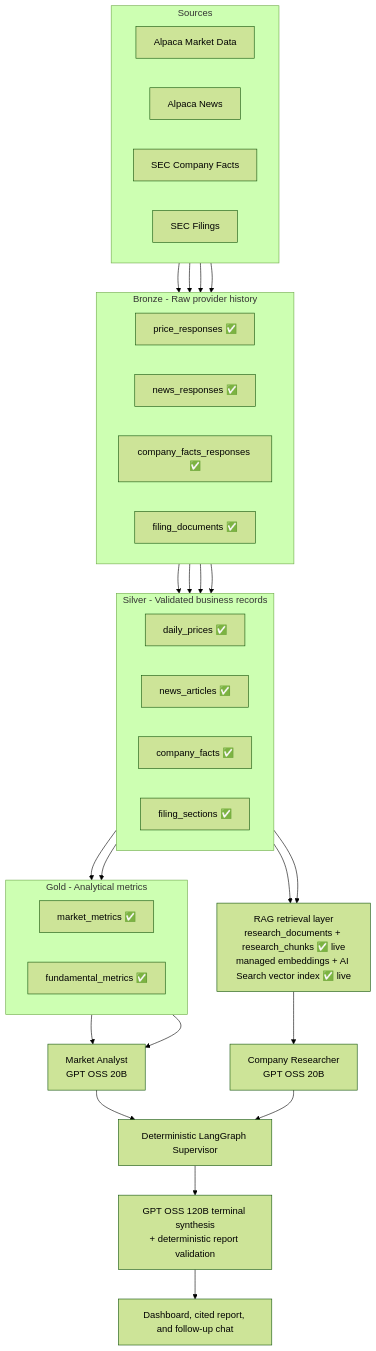
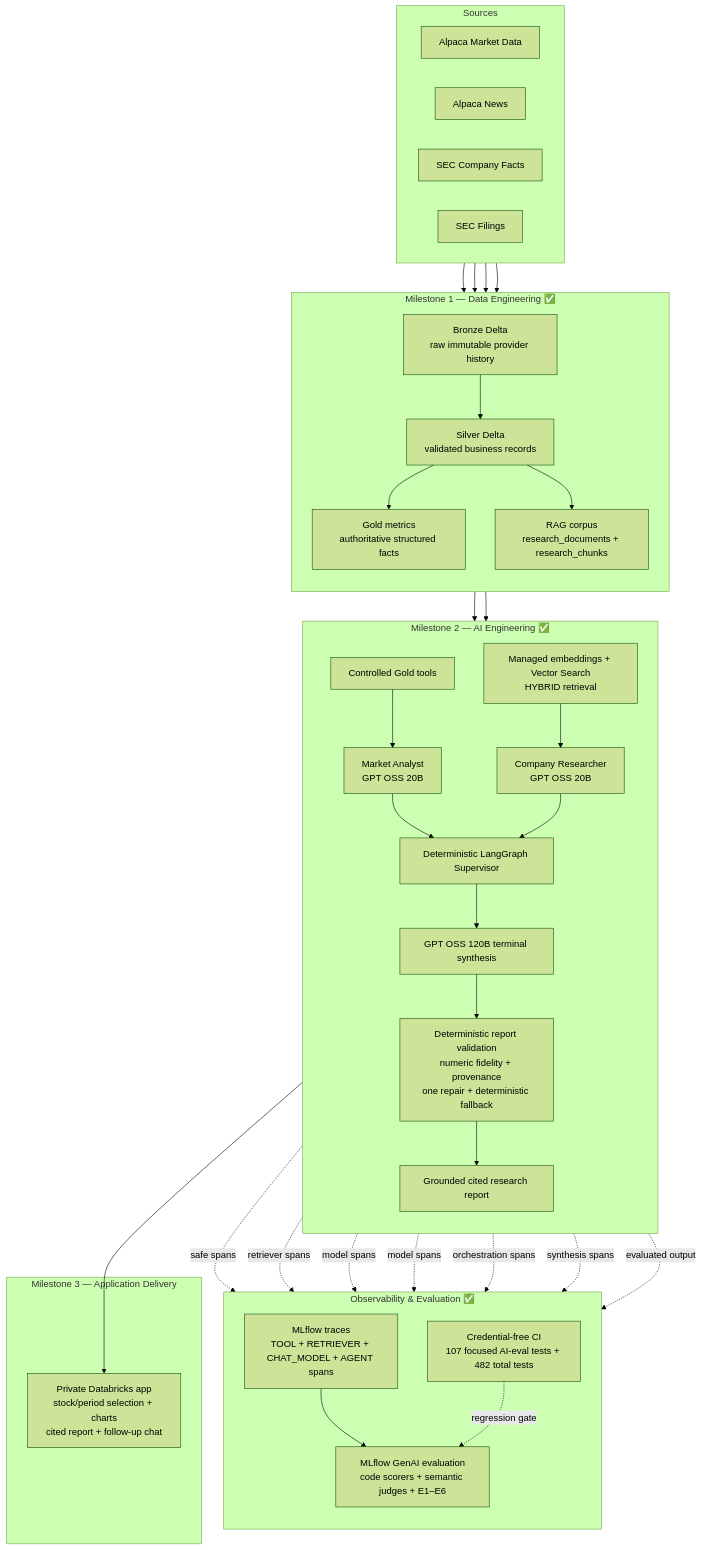
One commit to maghdam/multi-agent-equity-research-system-on-databricks changed the diagram in README.md. Above: the diagram before and after it, drawn with Mermaid (forest theme).

Commit message:
docs: expand end-to-end architecture overview

````diff
--- a/README.md
+++ b/README.md
@@ -45,46 +45,69 @@
 ```mermaid
 flowchart TB
     subgraph SRC["Sources"]
         direction LR
         A1["Alpaca Market Data"]
         A2["Alpaca News"]
         E1["SEC Company Facts"]
         E2["SEC Filings"]
     end
 
-    subgraph B["Bronze - Raw provider history"]
-        direction LR
-        B1["price_responses ✅"]
-        B2["news_responses ✅"]
-        B3["company_facts_responses ✅"]
-        B4["filing_documents ✅"]
+    subgraph DE["Milestone 1 — Data Engineering ✅"]
+        direction TB
+        B["Bronze Delta<br/>raw immutable provider history"]
+        S["Silver Delta<br/>validated business records"]
+        G["Gold metrics<br/>authoritative structured facts"]
+        R["RAG corpus<br/>research_documents + research_chunks"]
     end
 
-    subgraph S["Silver - Validated business records"]
-        direction LR
-        S1["daily_prices ✅"]
-        S2["news_articles ✅"]
-        S3["company_facts ✅"]
-        S4["filing_sections ✅"]
+    subgraph AI["Milestone 2 — AI Engineering ✅"]
+        direction TB
+        CT["Controlled Gold tools"]
+        VS["Managed embeddings + Vector Search<br/>HYBRID retrieval"]
+        MA["Market Analyst<br/>GPT OSS 20B"]
+        CR["Company Researcher<br/>GPT OSS 20B"]
+        SUP["Deterministic LangGraph Supervisor"]
+        SYN["GPT OSS 120B terminal synthesis"]
+        VAL["Deterministic report validation<br/>numeric fidelity + provenance<br/>one repair + deterministic fallback"]
+        REP["Grounded cited research report"]
     end
 
-    subgraph G["Gold - Analytical metrics"]
-        direction LR
-        G1["market_metrics ✅"]
-        G2["fundamental_metrics ✅"]
+    subgraph OBS["Observability & Evaluation ✅"]
+        direction TB
+        TR["MLflow traces<br/>TOOL + RETRIEVER + CHAT_MODEL + AGENT spans"]
+        EV["MLflow GenAI evaluation<br/>code scorers + semantic judges + E1–E6"]
+        CI["Credential-free CI<br/>107 focused AI-eval tests + 482 total tests"]
     end
-    R["RAG retrieval layer<br/>research_documents + research_chunks ✅ live<br/>managed embeddings + AI Search vector index ✅ live"]
 
-    A1 --> B1 --> S1 --> G1
-    A2 --> B2 --> S2 --> R
-    E1 --> B3 --> S3 --> G2
-    E2 --> B4 --> S4 --> R
+    subgraph APP["Milestone 3 — Application Delivery"]
+        UI["Private Databricks app<br/>stock/period selection + charts<br/>cited report + follow-up chat"]
+    end
 
-    G1 --> M["Market Analyst<br/>GPT OSS 20B"]
-    G2 --> M
-    R --> C["Company Researcher<br/>GPT OSS 20B"]
-    M --> P["Deterministic LangGraph Supervisor"]
-    C --> P
-    P --> F["GPT OSS 120B terminal synthesis<br/>+ deterministic report validation"]
-    F --> U["Dashboard, cited report, and follow-up chat"]
+    A1 --> B
+    A2 --> B
+    E1 --> B
+    E2 --> B
+
+    B --> S
+    S --> G
+    S --> R
+
+    G --> CT --> MA
+    R --> VS --> CR
+
+    MA --> SUP
+    CR --> SUP
+    SUP --> SYN --> VAL --> REP
+
+    CT -. safe spans .-> TR
+    VS -. retriever spans .-> TR
+    MA -. model spans .-> TR
+    CR -. model spans .-> TR
+    SUP -. orchestration spans .-> TR
+    SYN -. synthesis spans .-> TR
+    REP -. evaluated output .-> EV
+    TR --> EV
+    CI -. regression gate .-> EV
+
+    REP --> UI
 ```
````
